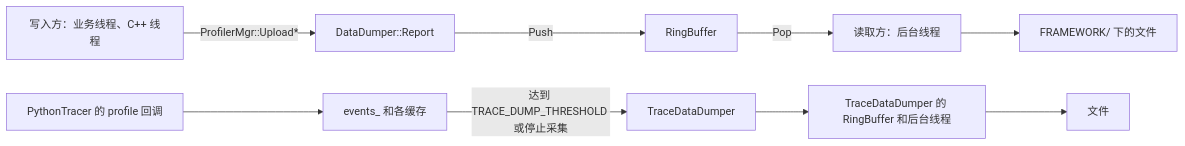
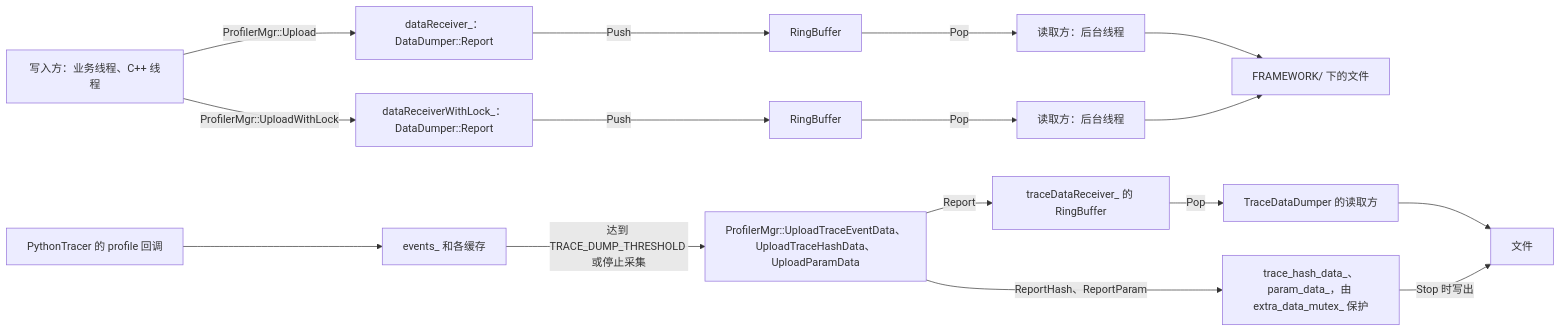
Before and after one commit to yinwu01/torch_npu: the first of 5 diagrams in docs/profiler_free_threaded/fix_details.md, drawn with Mermaid. The commit also changed other lines of this file and 4 other files, not shown here.

````diff
--- a/docs/profiler_free_threaded/fix_details.md
+++ b/docs/profiler_free_threaded/fix_details.md
@@ -33,11 +33,18 @@
 ```mermaid
 flowchart LR
-    W["写入方：业务线程、C++ 线程"] -->|"ProfilerMgr::Upload*"| R["DataDumper::Report"]
-    R -->|Push| B["RingBuffer"]
-    B -->|Pop| T["读取方：后台线程"]
-    T --> F["FRAMEWORK/ 下的文件"]
+    W["写入方：业务线程、C++ 线程"] -->|"ProfilerMgr::Upload"| R1["dataReceiver_：DataDumper::Report"]
+    W -->|"ProfilerMgr::UploadWithLock"| R2["dataReceiverWithLock_：DataDumper::Report"]
+    R1 -->|Push| B1["RingBuffer"]
+    R2 -->|Push| B2["RingBuffer"]
+    B1 -->|Pop| T1["读取方：后台线程"]
+    B2 -->|Pop| T2["读取方：后台线程"]
+    T1 --> F["FRAMEWORK/ 下的文件"]
+    T2 --> F
     P["PythonTracer 的 profile 回调"] --> E["events_ 和各缓存"]
-    E -->|"达到 TRACE_DUMP_THRESHOLD 或停止采集"| D["TraceDataDumper"]
-    D --> B2["TraceDataDumper 的 RingBuffer 和后台线程"]
-    B2 --> F2["文件"]
+    E -->|"达到 TRACE_DUMP_THRESHOLD 或停止采集"| M["ProfilerMgr::UploadTraceEventData、UploadTraceHashData、UploadParamData"]
+    M -->|"Report"| B3["traceDataReceiver_ 的 RingBuffer"]
+    M -->|"ReportHash、ReportParam"| X["trace_hash_data_、param_data_，由 extra_data_mutex_ 保护"]
+    B3 -->|Pop| T3["TraceDataDumper 的读取方"]
+    T3 --> F2["文件"]
+    X -->|"Stop 时写出"| F2
 ```
````
